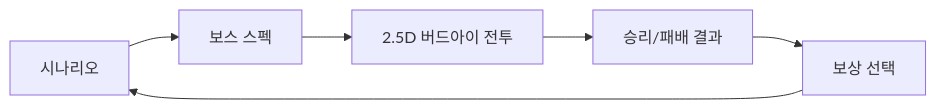
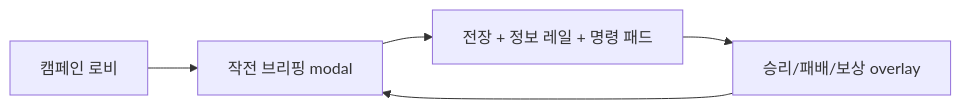
The diagram in docs/shadow-lord-rts-rpg-hybrid-design.md (jellyggumi/Abyssal-Surge), drawn with Mermaid before and after one commit. The commit also changed other lines of this file and 148 other files, not shown here.

Commit message:
feat: fullscreen RTS cockpit, resource meters, and refreshed battle media

````diff
--- a/docs/shadow-lord-rts-rpg-hybrid-design.md
+++ b/docs/shadow-lord-rts-rpg-hybrid-design.md
@@ -43,8 +43,7 @@
 ```mermaid
 flowchart LR
-  Scenario[시나리오] --> BossSpec[보스 스펙]
-  BossSpec --> Battle[2.5D 버드아이 전투]
-  Battle --> Result[승리/패배 결과]
-  Result --> Reward[보상 선택]
-  Reward --> Scenario
+  Lobby[캠페인 로비] --> Briefing[작전 브리핑 modal]
+  Briefing --> Cockpit[전장 + 정보 레일 + 명령 패드]
+  Cockpit --> Result[승리/패배/보상 overlay]
+  Result --> Briefing
 ```
````
